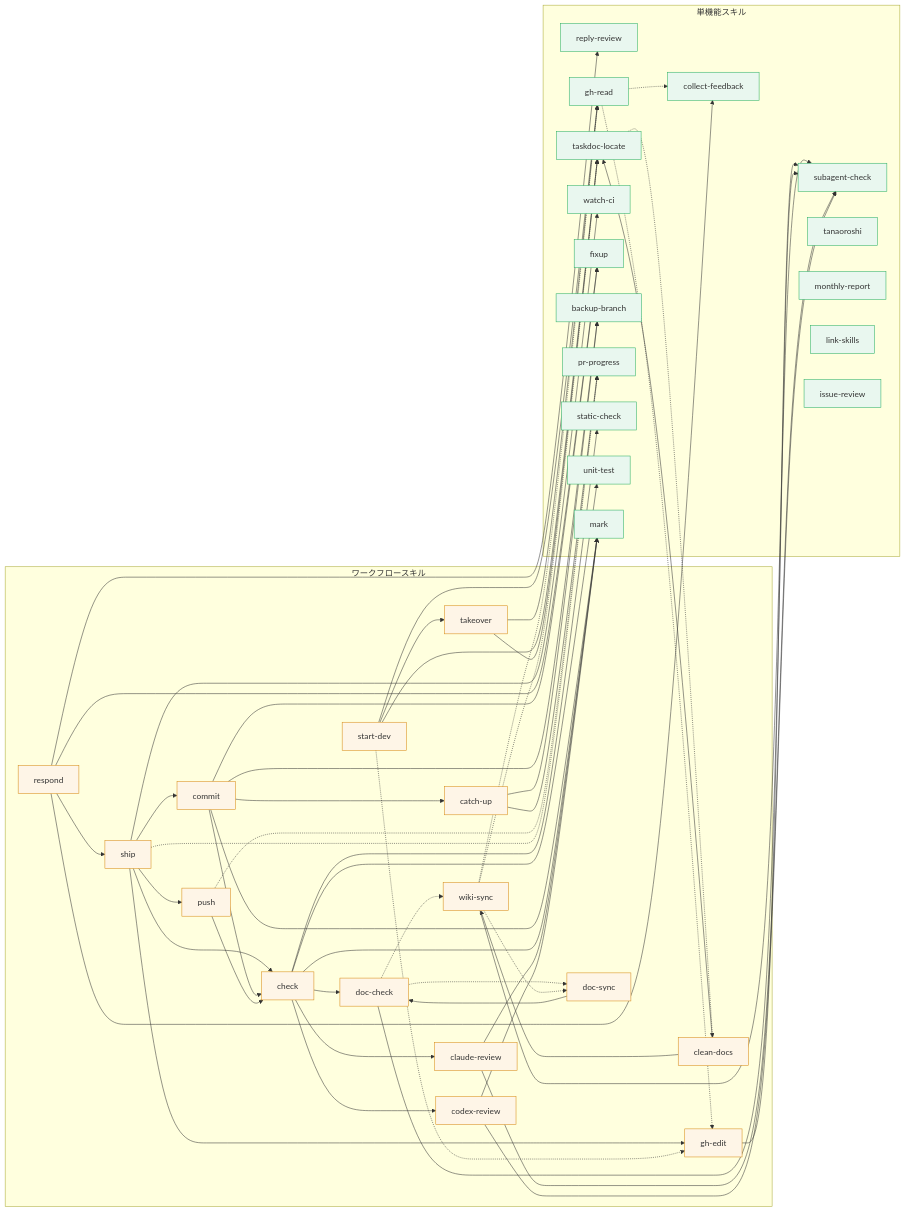
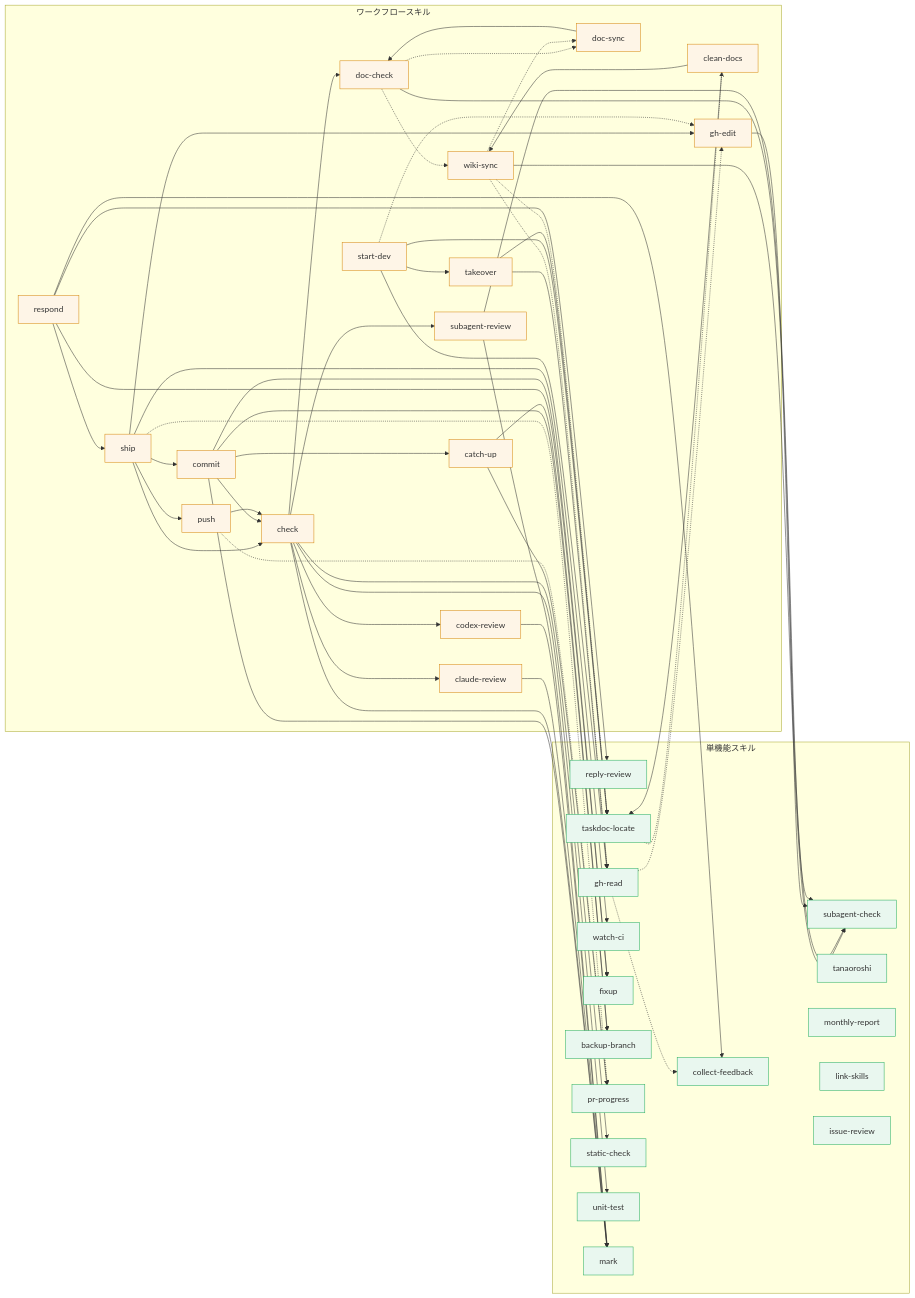
The second of 2 diagrams in README.md (mistbind3u88/bonsai), drawn with Mermaid before and after one commit. The commit also changed other lines of this file and 13 other files, not shown here.

```diff
--- a/README.md
+++ b/README.md
@@ -101,6 +102,7 @@
         doc-check:::workflow
         claude-review:::workflow
         codex-review:::workflow
+        subagent-review:::workflow
     end
 
     subgraph SG["単機能スキル"]
@@ -153,13 +155,14 @@
     check --> doc-check
     check --> claude-review
     check --> codex-review
+    check --> subagent-review
     catch-up --> backup-branch
     catch-up --> pr-progress
     doc-check --> subagent-check
     claude-review --> mark
-    claude-review --> subagent-check
     codex-review --> mark
-    codex-review --> subagent-check
+    subagent-review --> subagent-check
+    subagent-review --> mark
 
     start-dev -.-> gh-edit
     doc-check -.-> doc-sync
```
